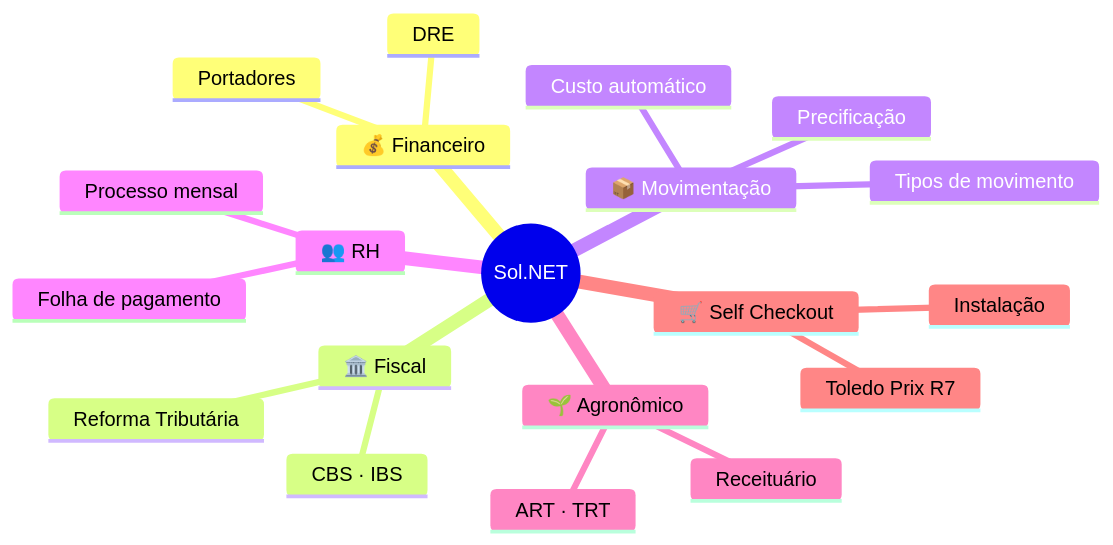
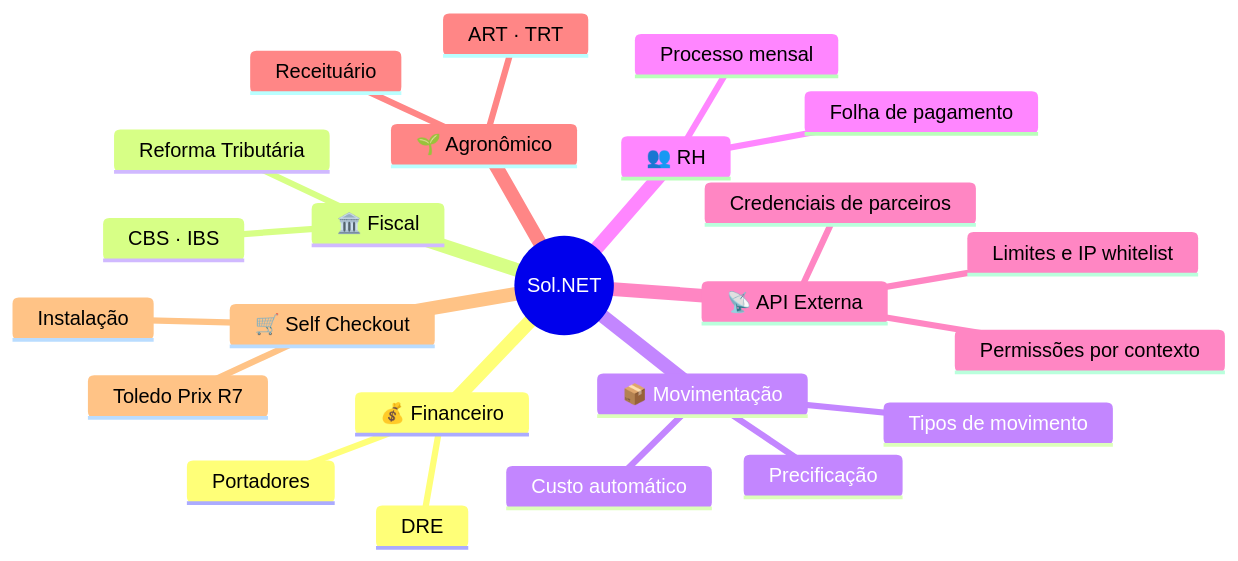
One commit to hetosoft/documentacao-solnet changed the diagram in README.md. Above: the diagram before and after it, drawn with Mermaid. The commit also changed 5 other files, not shown here.

First line of the commit message:
docs(api-externa): cria documentacao do modulo API Externa

````diff
--- a/README.md
+++ b/README.md
@@ -17,23 +17,27 @@
 ```mermaid
 mindmap
   root((Sol.NET))
     💰 Financeiro
       DRE
       Portadores
     🏛️ Fiscal
       Reforma Tributária
       CBS · IBS
     📦 Movimentação
       Tipos de movimento
       Precificação
       Custo automático
     👥 RH
       Folha de pagamento
       Processo mensal
+    📡 API Externa
+      Credenciais de parceiros
+      Permissões por contexto
+      Limites e IP whitelist
     🌱 Agronômico
       Receituário
       ART · TRT
     🛒 Self Checkout
       Instalação
       Toledo Prix R7
 ```
````
